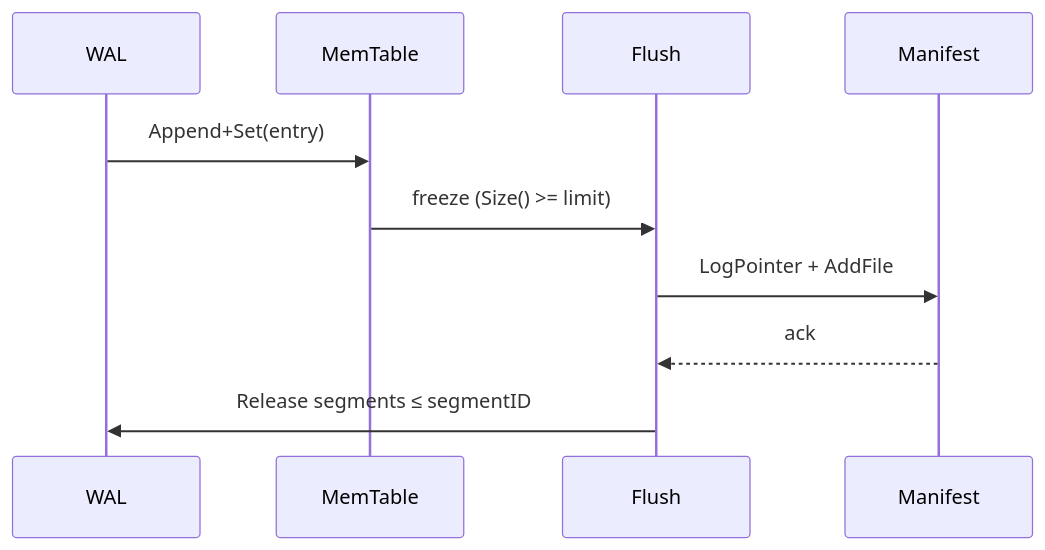
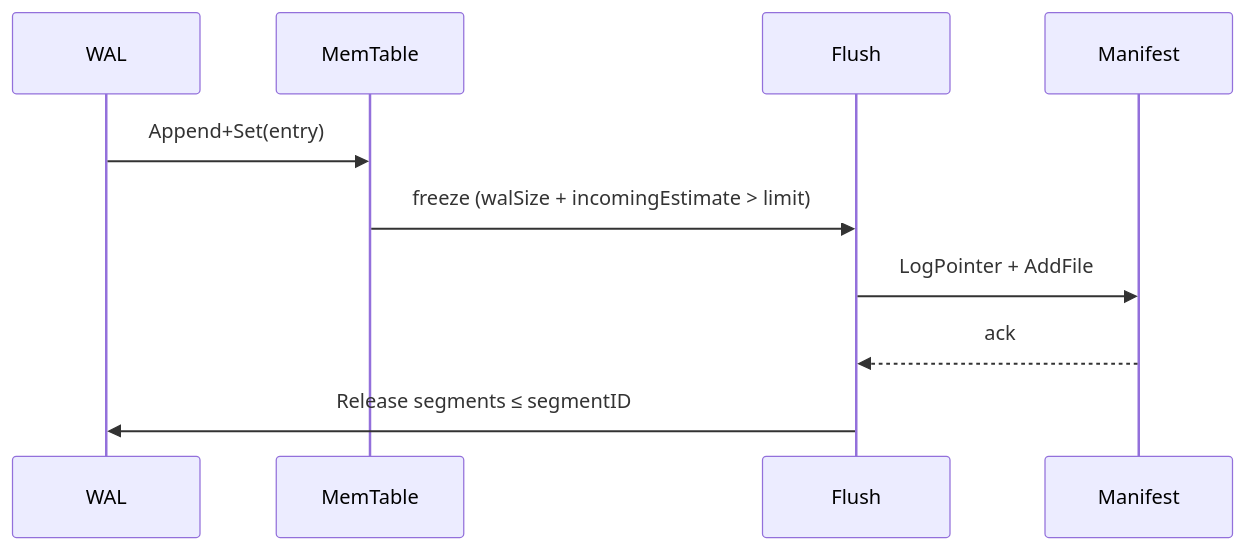
Before and after one commit to feichai0017/NoKV: the diagram in docs/memtable.md, drawn with Mermaid. The commit also changed other lines of this file and 7 other files, not shown here.

````diff
--- a/docs/memtable.md
+++ b/docs/memtable.md
@@ -42,12 +42,12 @@
 ```mermaid
 sequenceDiagram
     participant WAL
     participant MT as MemTable
     participant Flush
     participant Manifest
     WAL->>MT: Append+Set(entry)
-    MT->>Flush: freeze (Size() >= limit)
+    MT->>Flush: freeze (walSize + incomingEstimate > limit)
     Flush->>Manifest: LogPointer + AddFile
     Manifest-->>Flush: ack
     Flush->>WAL: Release segments ≤ segmentID
 ```
````
